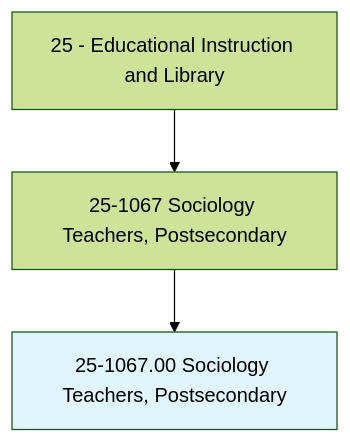
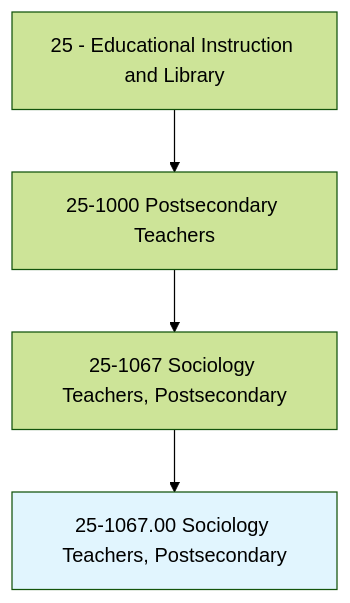
One commit to kziemski/business.org.ai changed the first of 4 diagrams in occupations/Education/SociologyTeachersPostsecondary.mdx. Above: the diagram before and after it, drawn with Mermaid (forest theme). The commit also changed other lines of this file and 938 other files, not shown here.

````diff
--- a/occupations/Education/SociologyTeachersPostsecondary.mdx
+++ b/occupations/Education/SociologyTeachersPostsecondary.mdx
@@ -19,6 +23,7 @@
 ```mermaid
 graph TD
-    Cat25["25 - Educational Instruction and Library"] --> Group251067["25-1067 Sociology Teachers, Postsecondary"]
+    Cat25["25 - Educational Instruction and Library"] --> Group251["25-1000 Postsecondary Teachers"]
+    Group251 --> Group251067["25-1067 Sociology Teachers, Postsecondary"]
     Group251067 --> Current["25-1067.00 Sociology Teachers, Postsecondary"]
     style Current fill:#e1f5fe
 ```
````
